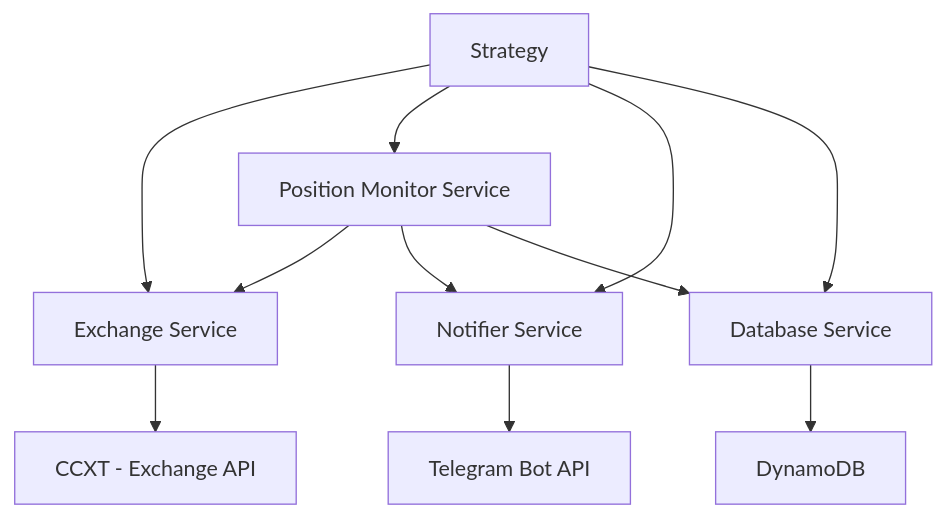
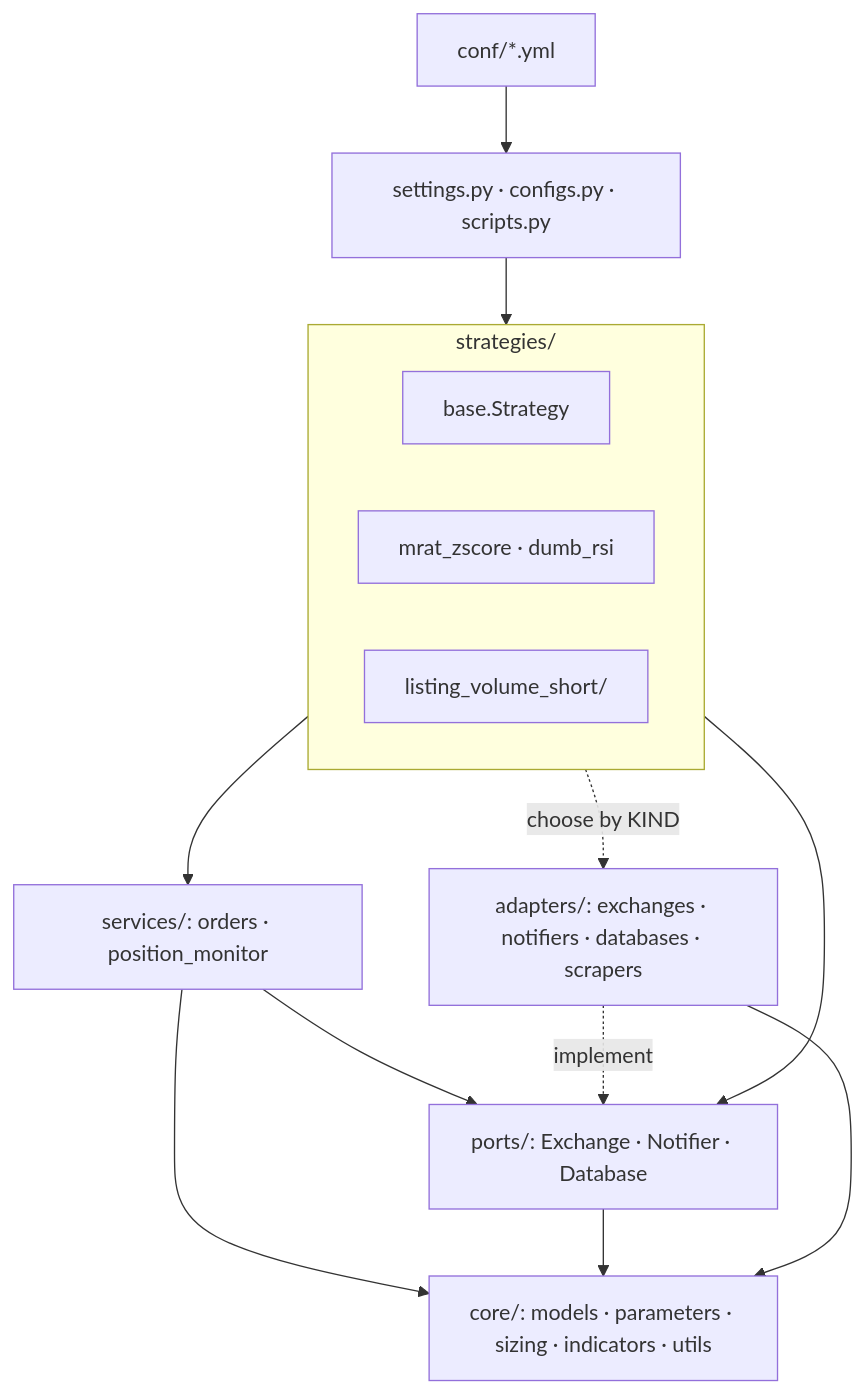
One commit to thomasclem/otomai changed the diagram in docs/architecture/overview.md. Above: the diagram before and after it, drawn with Mermaid. The commit also changed other lines of this file and 55 other files, not shown here.

First line of the commit message:
refactor: hexagonal architecture with core, ports, adapters, services and strategies

````diff
--- a/docs/architecture/overview.md
+++ b/docs/architecture/overview.md
@@ -5,13 +7,18 @@
 ```mermaid
-graph TB
-    A[Strategy] --> B[Exchange Service]
-    A --> C[Position Monitor Service]
-    A --> D[Notifier Service]
-    A --> E[Database Service]
-    C --> B
-    C --> D
-    C --> E
-    B --> F[CCXT - Exchange API]
-    D --> G[Telegram Bot API]
-    E --> H[DynamoDB]
+graph TD
+    YAML[conf/*.yml] --> Settings[settings.py · configs.py · scripts.py]
+    Settings --> Strategies
+    subgraph Strategies[strategies/]
+        Base[base.Strategy]
+        Legacy[mrat_zscore · dumb_rsi]
+        Listing[listing_volume_short/]
+    end
+    Strategies --> Services[services/: orders · position_monitor]
+    Strategies --> Ports
+    Services --> Ports[ports/: Exchange · Notifier · Database]
+    Adapters[adapters/: exchanges · notifiers · databases · scrapers] -. implement .-> Ports
+    Strategies -. choose by KIND .-> Adapters
+    Services --> Core
+    Ports --> Core[core/: models · parameters · sizing · indicators · utils]
+    Adapters --> Core
 ```
````
